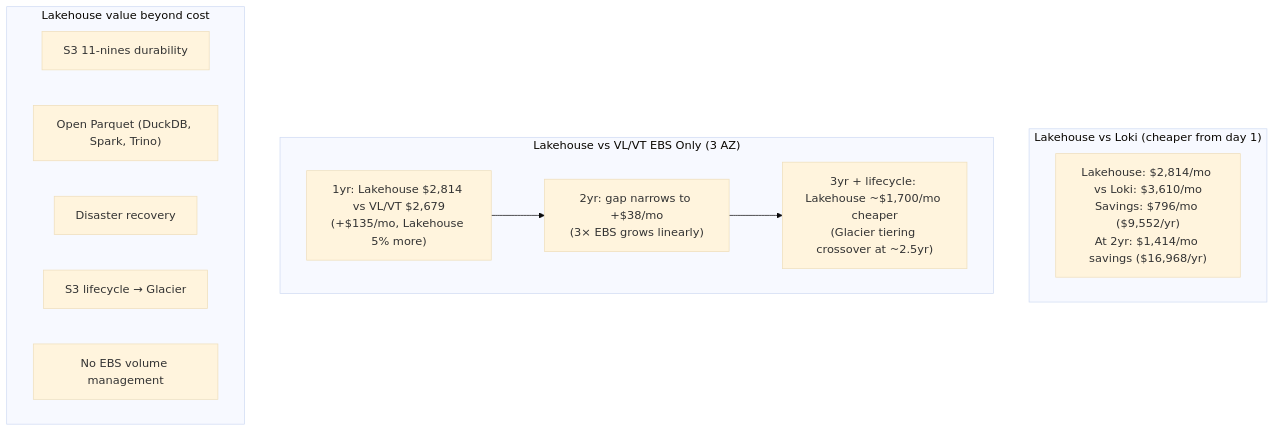
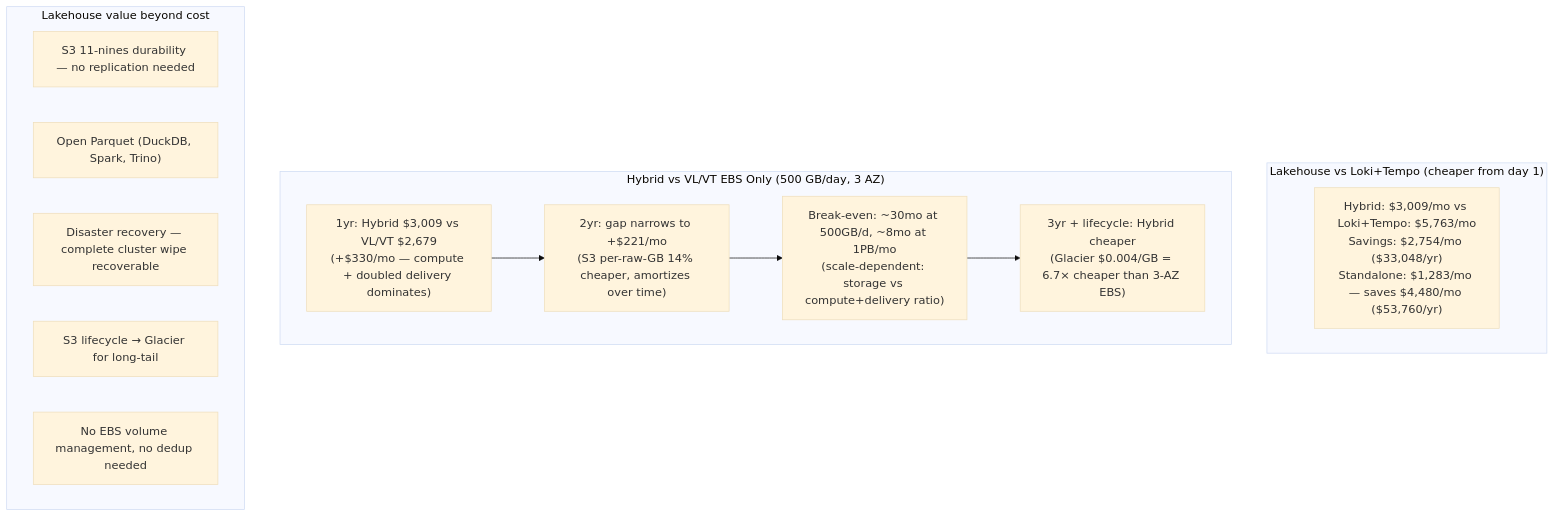
One commit to ReliablyObserve/victoria-lakehouse changed the fourth of 4 diagrams in docs/cost-comparison.md. Above: the diagram before and after it, drawn with Mermaid (base theme). The commit also changed other lines of this file and 84 other files, not shown here.

````diff
--- a/docs/cost-comparison.md
+++ b/docs/cost-comparison.md
@@ -387,19 +452,20 @@
 ```mermaid
 flowchart TB
-    subgraph "Lakehouse vs Loki (cheaper from day 1)"
-        LvL["Lakehouse: $2,814/mo vs Loki: $3,610/mo\nSavings: $796/mo ($9,552/yr)\nAt 2yr: $1,414/mo savings ($16,968/yr)"]
+    subgraph "Lakehouse vs Loki+Tempo (cheaper from day 1)"
+        LvL["Hybrid: $3,009/mo vs Loki+Tempo: $5,763/mo\nSavings: $2,754/mo ($33,048/yr)\nStandalone: $1,283/mo — saves $4,480/mo ($53,760/yr)"]
     end
-    subgraph "Lakehouse vs VL/VT EBS Only (3 AZ)"
-        LvV1["1yr: Lakehouse $2,814 vs VL/VT $2,679\n(+$135/mo, Lakehouse 5% more)"]
-        LvV2["2yr: gap narrows to +$38/mo\n(3× EBS grows linearly)"]
-        LvV3["3yr + lifecycle: Lakehouse ~$1,700/mo cheaper\n(Glacier tiering crossover at ~2.5yr)"]
-        LvV1 --> LvV2 --> LvV3
+    subgraph "Hybrid vs VL/VT EBS Only (500 GB/day, 3 AZ)"
+        LvV1["1yr: Hybrid $3,009 vs VL/VT $2,679\n(+$330/mo — compute + doubled delivery dominates)"]
+        LvV2["2yr: gap narrows to +$221/mo\n(S3 per-raw-GB 14% cheaper, amortizes over time)"]
+        LvV3["Break-even: ~30mo at 500GB/d, ~8mo at 1PB/mo\n(scale-dependent: storage vs compute+delivery ratio)"]
+        LvV4["3yr + lifecycle: Hybrid cheaper\n(Glacier $0.004/GB = 6.7× cheaper than 3-AZ EBS)"]
+        LvV1 --> LvV2 --> LvV3 --> LvV4
     end
     subgraph "Lakehouse value beyond cost"
-        V1["S3 11-nines durability"]
+        V1["S3 11-nines durability — no replication needed"]
         V2["Open Parquet (DuckDB, Spark, Trino)"]
-        V3["Disaster recovery"]
-        V4["S3 lifecycle → Glacier"]
-        V5["No EBS volume management"]
+        V3["Disaster recovery — complete cluster wipe recoverable"]
+        V4["S3 lifecycle → Glacier for long-tail"]
+        V5["No EBS volume management, no dedup needed"]
     end
 ```
````
